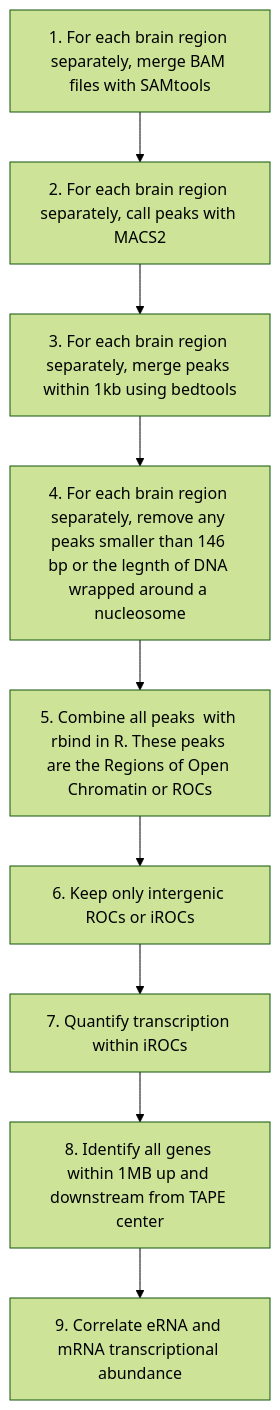
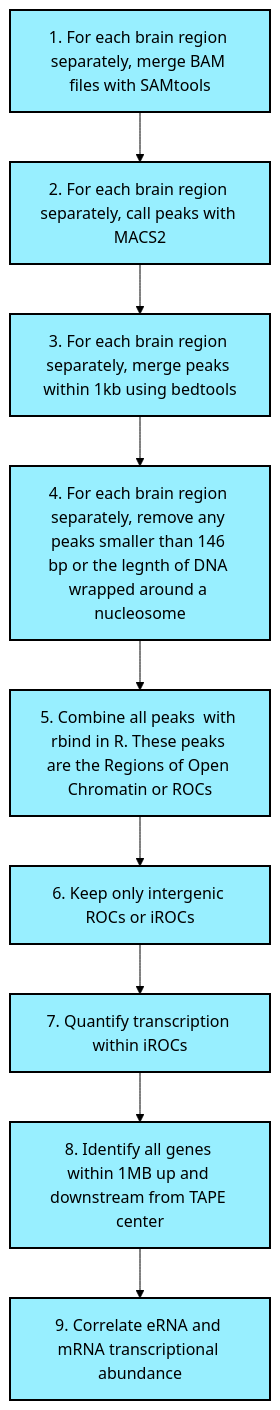
Before and after one commit to Jeremy-Day-Lab/Nucleic_Acids_Research_2020: the diagram in README.md, drawn with Mermaid (forest theme).

````diff
--- a/README.md
+++ b/README.md
@@ -11,12 +11,20 @@
 ```mermaid
 graph TD;
 A[1. For each brain region separately, merge BAM files with SAMtools] --> B[2. For each brain region separately, call peaks with MACS2];
   B --> C[3. For each brain region separately, merge peaks within 1kb using bedtools];
   C --> D[4. For each brain region separately, remove any peaks smaller than 146 bp or the legnth of DNA wrapped around a nucleosome];
   D --> E[5. Combine all peaks  with rbind in R. These peaks are the Regions of Open Chromatin or ROCs];
   E --> F[6. Keep only intergenic ROCs or iROCs];
   F --> G[7. Quantify transcription within iROCs];
   G --> H[8. Identify all genes within 1MB up and downstream from TAPE center];
   H --> I[9. Correlate eRNA and mRNA transcriptional abundance];
-		
+	style A fill:#98EFFF,stroke:#000,stroke-width:2px;	
+	style B fill:#98EFFF,stroke:#000,stroke-width:2px;	
+	style C fill:#98EFFF,stroke:#000,stroke-width:2px;	
+	style D fill:#98EFFF,stroke:#000,stroke-width:2px;	
+	style E fill:#98EFFF,stroke:#000,stroke-width:2px;	
+	style F fill:#98EFFF,stroke:#000,stroke-width:2px;	
+	style G fill:#98EFFF,stroke:#000,stroke-width:2px;	
+	style H fill:#98EFFF,stroke:#000,stroke-width:2px;	
+	style I fill:#98EFFF,stroke:#000,stroke-width:2px;	
 ```
````
